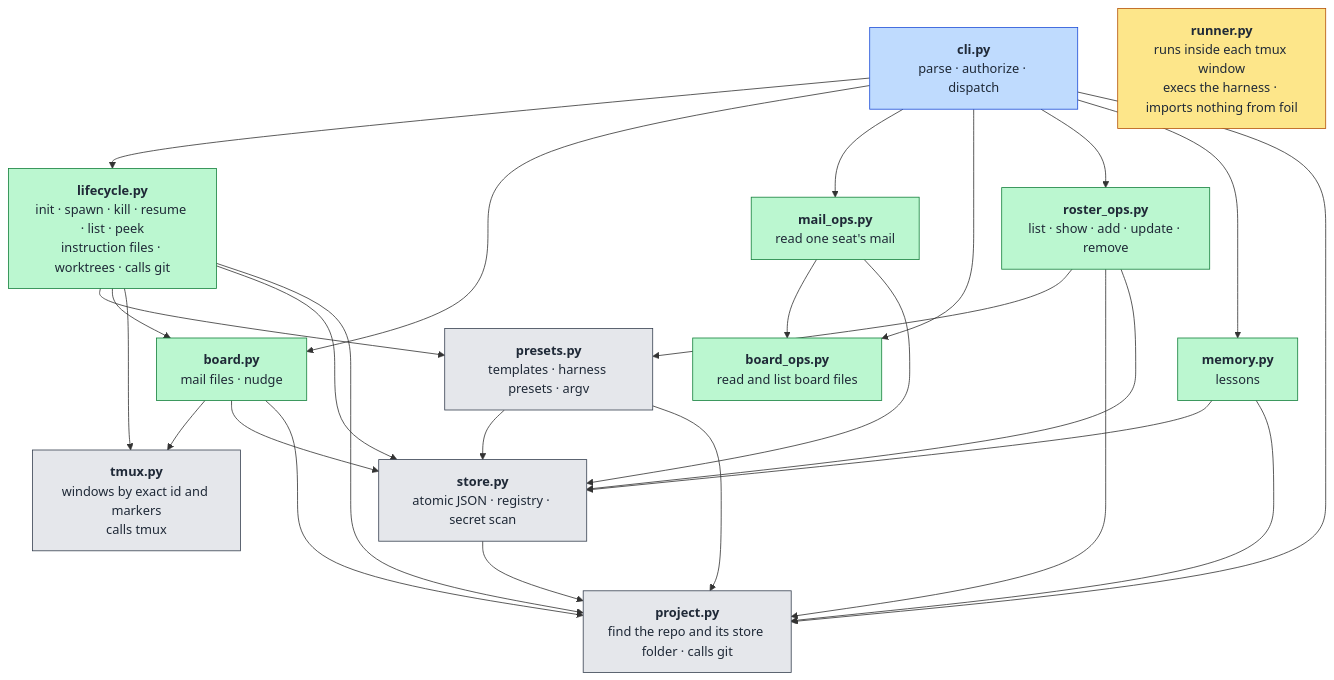
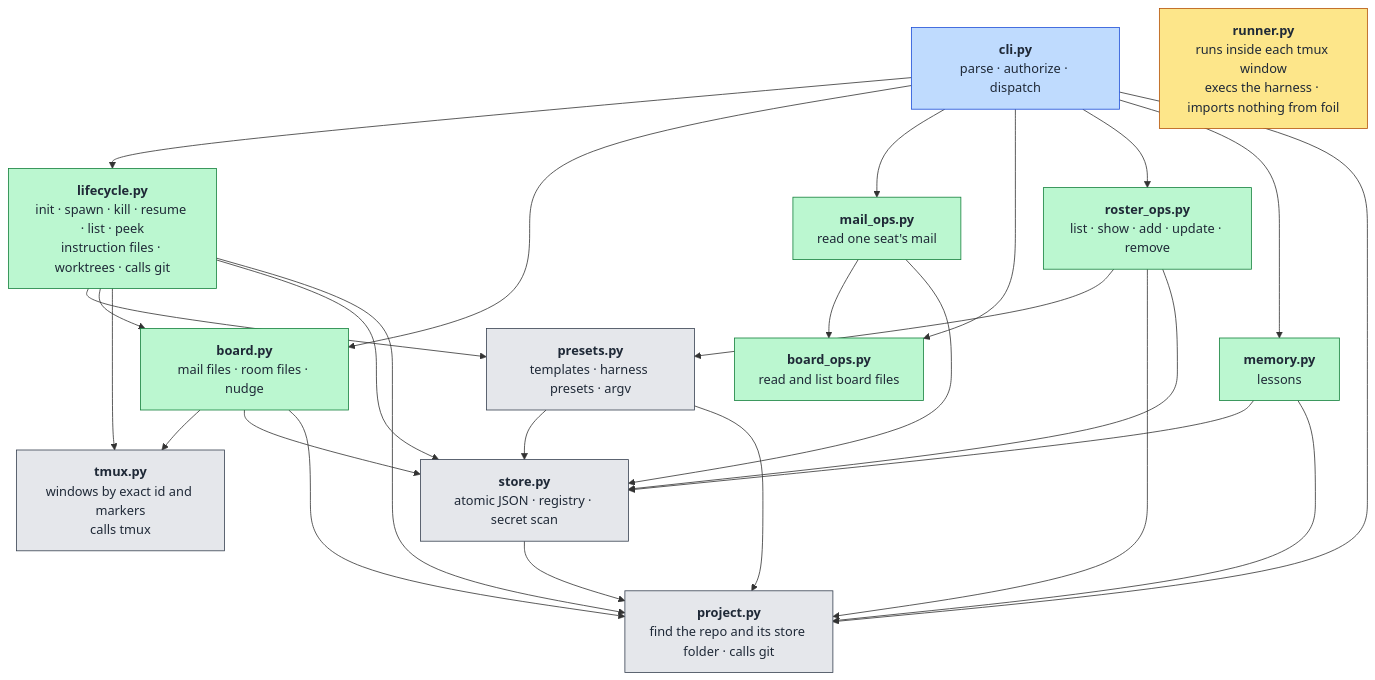
The first of 2 diagrams in docs/architecture.md (TiantianFlow/foil), drawn with Mermaid before and after one commit. The commit also changed other lines of this file and 22 other files, not shown here.

````diff
--- a/docs/architecture.md
+++ b/docs/architecture.md
@@ -30,54 +30,54 @@
 ```mermaid
 flowchart TB
   cli["<b>cli.py</b><br/>parse · authorize · dispatch"]
 
   lifecycle["<b>lifecycle.py</b><br/>init · spawn · kill · resume · list · peek<br/>instruction files · worktrees · calls git"]
-  board["<b>board.py</b><br/>mail files · nudge"]
+  board["<b>board.py</b><br/>mail files · room files · nudge"]
   mail_ops["<b>mail_ops.py</b><br/>read one seat's mail"]
   board_ops["<b>board_ops.py</b><br/>read and list board files"]
   roster_ops["<b>roster_ops.py</b><br/>list · show · add · update · remove"]
   memory["<b>memory.py</b><br/>lessons"]
 
   presets["<b>presets.py</b><br/>templates · harness presets · argv"]
   tmuxmod["<b>tmux.py</b><br/>windows by exact id and markers<br/>calls tmux"]
   store["<b>store.py</b><br/>atomic JSON · registry · secret scan"]
 
   project["<b>project.py</b><br/>find the repo and its store folder · calls git"]
 
   runner["<b>runner.py</b><br/>runs inside each tmux window<br/>execs the harness · imports nothing from foil"]
 
   cli --> lifecycle
   cli --> board
   cli --> mail_ops
   cli --> board_ops
   cli --> roster_ops
   cli --> memory
   cli --> project
   lifecycle --> presets
   lifecycle --> board
   lifecycle --> tmuxmod
   lifecycle --> store
   lifecycle --> project
   board --> tmuxmod
   board --> store
   board --> project
   mail_ops --> board_ops
   mail_ops --> store
   roster_ops --> presets
   roster_ops --> project
   roster_ops --> store
   memory --> store
   memory --> project
   presets --> store
   presets --> project
   store --> project
 
   classDef entry fill:#bfdbfe,stroke:#1d4ed8,color:#1f2937
   classDef core fill:#bbf7d0,stroke:#15803d,color:#1f2937
   classDef base fill:#e5e7eb,stroke:#374151,color:#1f2937
   classDef apart fill:#fde68a,stroke:#b45309,color:#1f2937
   class cli entry
   class lifecycle,board,mail_ops,board_ops,roster_ops,memory core
   class presets,tmuxmod,store,project base
   class runner apart
 ```
````
